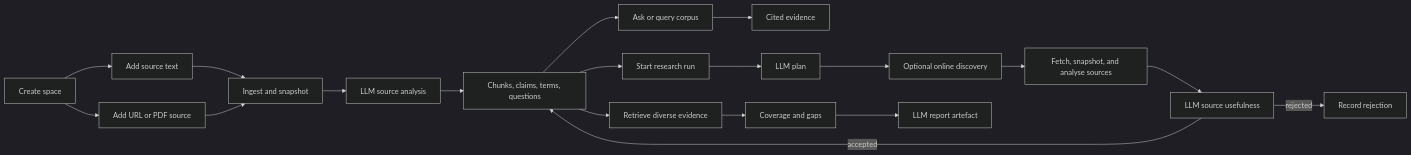
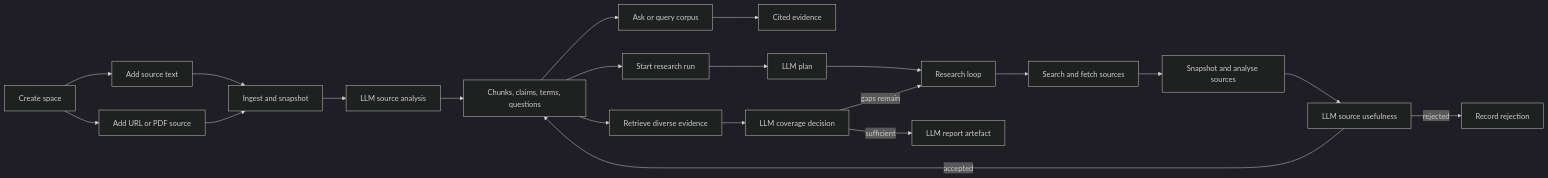
The diagram in docs/knowledge-space.md (AndrewNeudegg/lab), drawn with Mermaid (dark theme) before and after one commit. The commit also changed other lines of this file and 12 other files, not shown here.

Commit message:
Add coverage-driven Knowledge research loops

````diff
--- a/docs/knowledge-space.md
+++ b/docs/knowledge-space.md
@@ -7,21 +7,23 @@
 ```mermaid
 flowchart LR
   Space[Create space] --> Source[Add source text]
   Space --> URL[Add URL or PDF source]
   Source --> Process[Ingest and snapshot]
   URL --> Process
   Process --> Analyse[LLM source analysis]
   Analyse --> Index[Chunks, claims, terms, questions]
   Index --> Ask[Ask or query corpus]
   Ask --> Evidence[Cited evidence]
   Index --> Run[Start research run]
   Run --> Plan[LLM plan]
-  Plan --> Discover[Optional online discovery]
-  Discover --> Import[Fetch, snapshot, and analyse sources]
+  Plan --> Loop[Research loop]
+  Loop --> Discover[Search and fetch sources]
+  Discover --> Import[Snapshot and analyse sources]
   Import --> Evaluate[LLM source usefulness]
   Evaluate -->|accepted| Index
   Evaluate -->|rejected| Drop[Record rejection]
   Index --> Retrieve[Retrieve diverse evidence]
-  Retrieve --> Coverage[Coverage and gaps]
-  Coverage --> Report[LLM report artefact]
+  Retrieve --> Coverage[LLM coverage decision]
+  Coverage -->|gaps remain| Loop
+  Coverage -->|sufficient| Report[LLM report artefact]
 ```
````
